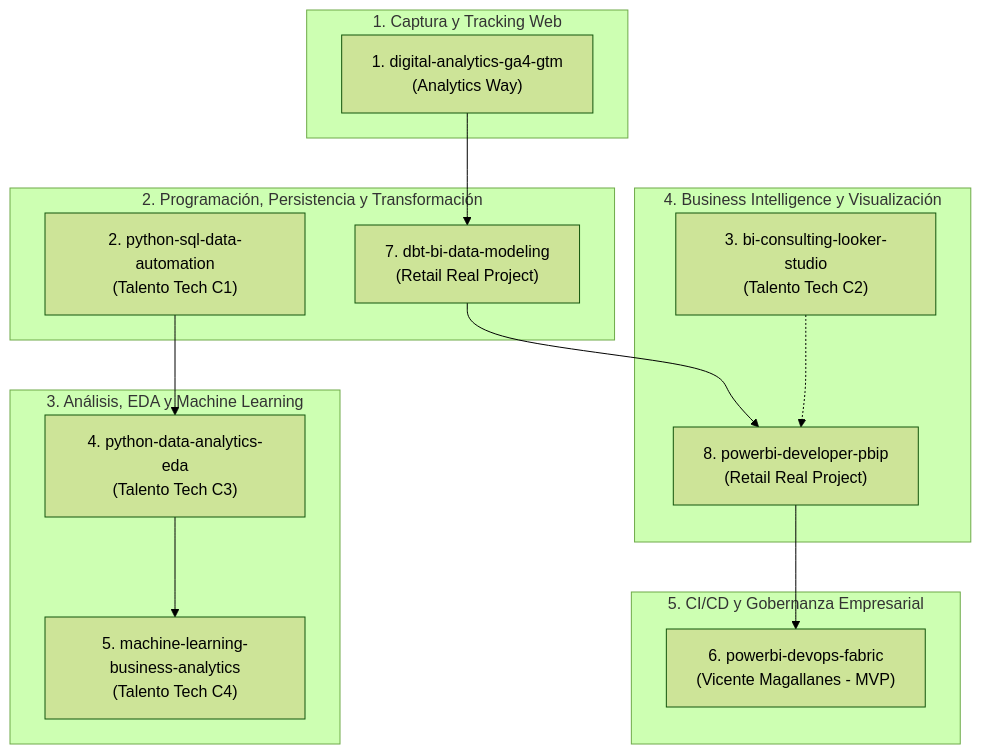
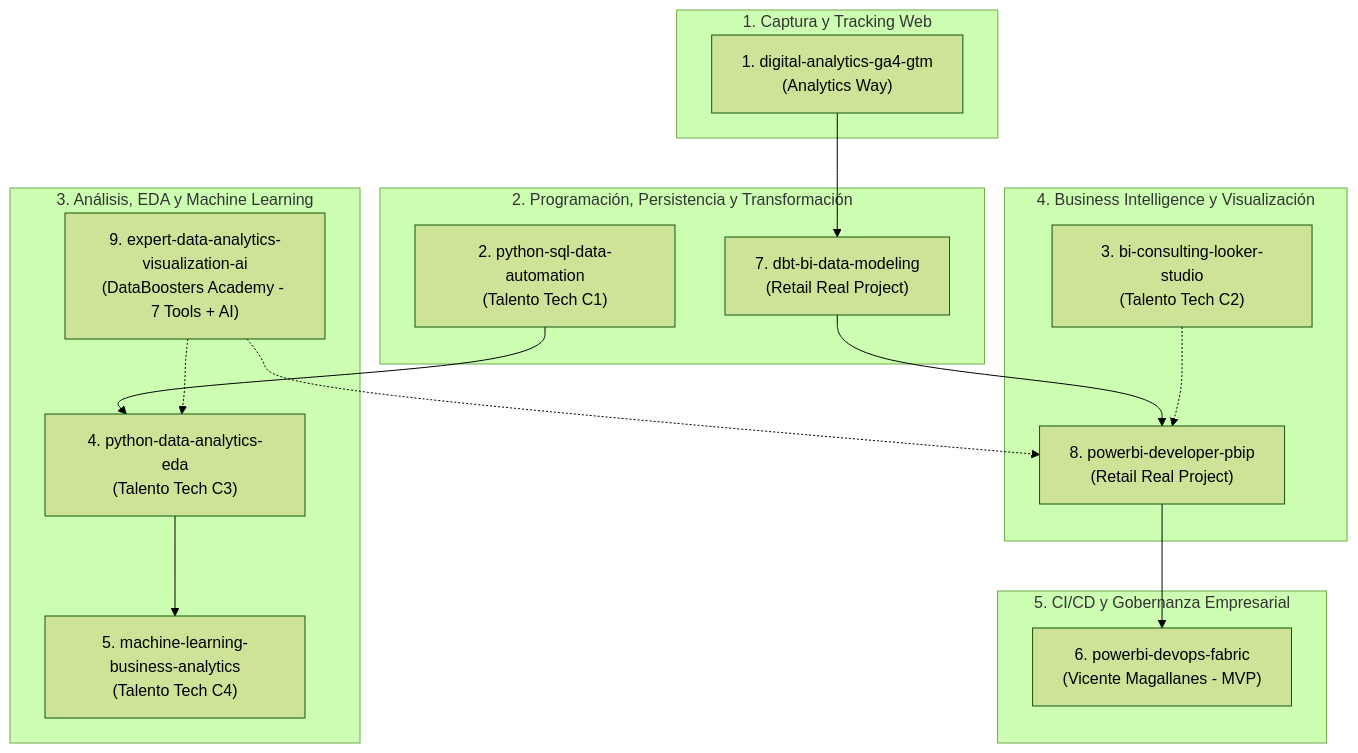
The diagram in MASTER_SKILLS_MANIFEST.md (rubenbarrios-bigdata/data-analytics-bi-skills), drawn with Mermaid (forest theme) before and after one commit. The commit also changed other lines of this file and 15 other files, not shown here.

Commit message:
feat(skill-9): add expert-data-analytics-visualization-ai skill (7 tools + AI) and new certificates

````diff
--- a/MASTER_SKILLS_MANIFEST.md
+++ b/MASTER_SKILLS_MANIFEST.md
@@ -32,31 +32,34 @@
 ```mermaid
 flowchart TD
     subgraph INGESTION_TRACKING["1. Captura y Tracking Web"]
         S1["1. digital-analytics-ga4-gtm<br/>(Analytics Way)"]
     end
 
     subgraph DATA_ENGINEERING_CORE["2. Programación, Persistencia y Transformación"]
         S2["2. python-sql-data-automation<br/>(Talento Tech C1)"]
         S7["7. dbt-bi-data-modeling<br/>(Retail Real Project)"]
     end
 
     subgraph ANALYTICS_ML["3. Análisis, EDA y Machine Learning"]
         S4["4. python-data-analytics-eda<br/>(Talento Tech C3)"]
         S5["5. machine-learning-business-analytics<br/>(Talento Tech C4)"]
+        S9["9. expert-data-analytics-visualization-ai<br/>(DataBoosters Academy - 7 Tools + AI)"]
     end
 
     subgraph BI_STORYTELLING["4. Business Intelligence y Visualización"]
         S3["3. bi-consulting-looker-studio<br/>(Talento Tech C2)"]
         S8["8. powerbi-developer-pbip<br/>(Retail Real Project)"]
     end
 
     subgraph DEVOPS_FABRIC["5. CI/CD y Gobernanza Empresarial"]
         S6["6. powerbi-devops-fabric<br/>(Vicente Magallanes - MVP)"]
     end
 
     S1 --> S7
     S2 --> S4 --> S5
     S7 --> S8
     S8 --> S6
     S3 -.-> S8
+    S9 -.-> S4
+    S9 -.-> S8
 ```
````
